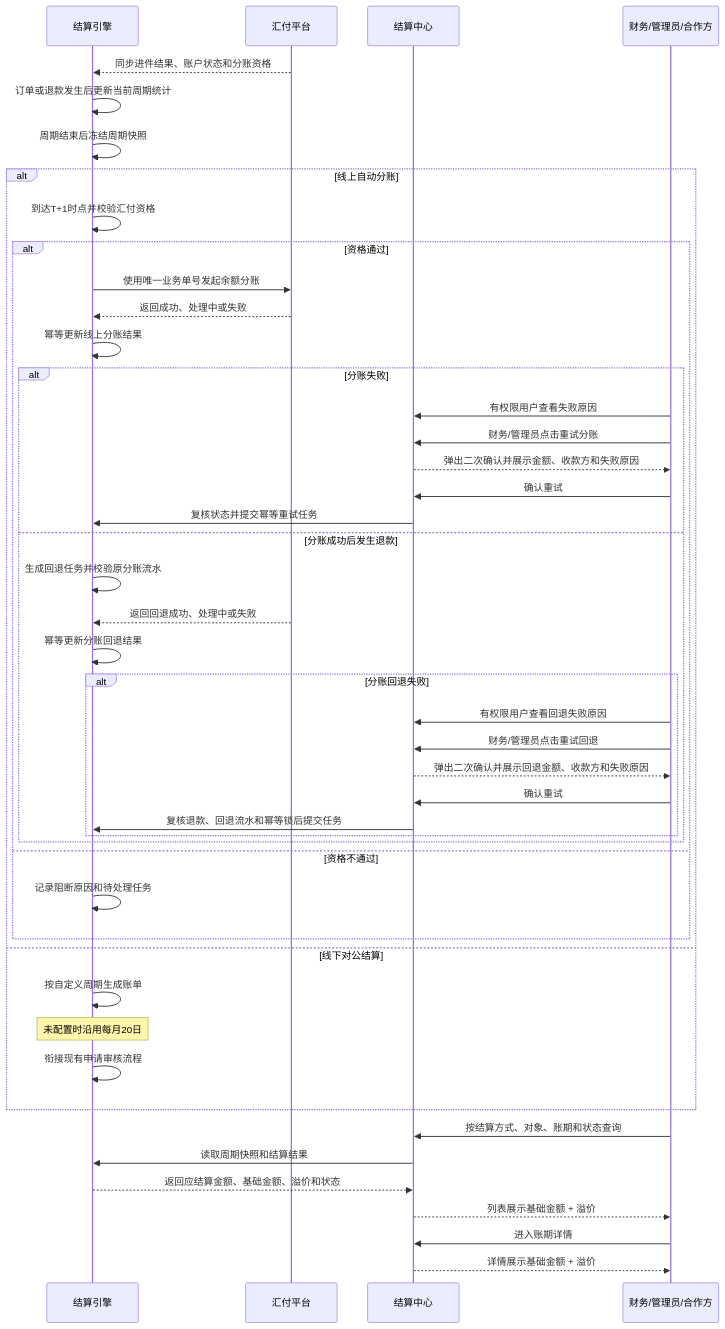
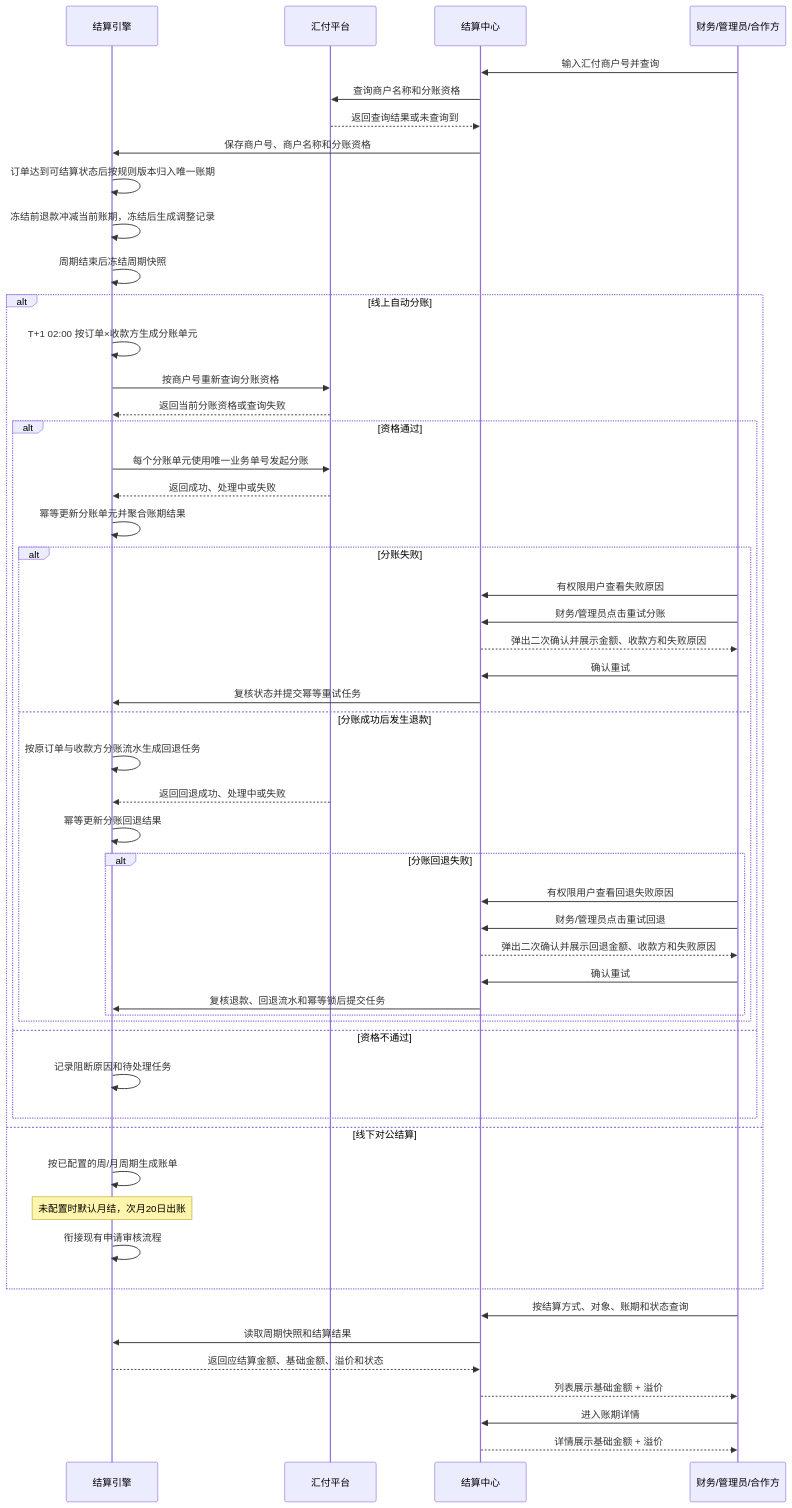
Before and after one commit to awu520119/xiaomifeng-admin: the second of 2 diagrams in docs/premium-settlement/自定义周期结算与溢价配置-PRD-20260915.md, drawn with Mermaid. The commit also changed other lines of this file and 17 other files, not shown here.

````diff
--- a/docs/premium-settlement/自定义周期结算与溢价配置-PRD-20260915.md
+++ b/docs/premium-settlement/自定义周期结算与溢价配置-PRD-20260915.md
@@ -89,49 +94,55 @@
 ```mermaid
 sequenceDiagram
     participant E as 结算引擎
     participant H as 汇付平台
     participant S as 结算中心
     participant U as 财务/管理员/合作方
 
-    H-->>E: 同步进件结果、账户状态和分账资格
-    E->>E: 订单或退款发生后更新当前周期统计
+    U->>S: 输入汇付商户号并查询
+    S->>H: 查询商户名称和分账资格
+    H-->>S: 返回查询结果或未查询到
+    S->>E: 保存商户号、商户名称和分账资格
+    E->>E: 订单达到可结算状态后按规则版本归入唯一账期
+    E->>E: 冻结前退款冲减当前账期，冻结后生成调整记录
     E->>E: 周期结束后冻结周期快照
     alt 线上自动分账
-        E->>E: 到达T+1时点并校验汇付资格
+        E->>E: T+1 02:00 按订单×收款方生成分账单元
+        E->>H: 按商户号重新查询分账资格
+        H-->>E: 返回当前分账资格或查询失败
         alt 资格通过
-            E->>H: 使用唯一业务单号发起余额分账
+            E->>H: 每个分账单元使用唯一业务单号发起分账
             H-->>E: 返回成功、处理中或失败
-            E->>E: 幂等更新线上分账结果
+            E->>E: 幂等更新分账单元并聚合账期结果
             alt 分账失败
                 U->>S: 有权限用户查看失败原因
                 U->>S: 财务/管理员点击重试分账
                 S-->>U: 弹出二次确认并展示金额、收款方和失败原因
                 U->>S: 确认重试
                 S->>E: 复核状态并提交幂等重试任务
             else 分账成功后发生退款
-                E->>E: 生成回退任务并校验原分账流水
+                E->>E: 按原订单与收款方分账流水生成回退任务
                 H-->>E: 返回回退成功、处理中或失败
                 E->>E: 幂等更新分账回退结果
                 alt 分账回退失败
                     U->>S: 有权限用户查看回退失败原因
                     U->>S: 财务/管理员点击重试回退
                     S-->>U: 弹出二次确认并展示回退金额、收款方和失败原因
                     U->>S: 确认重试
                     S->>E: 复核退款、回退流水和幂等锁后提交任务
                 end
             end
         else 资格不通过
             E->>E: 记录阻断原因和待处理任务
         end
     else 线下对公结算
-        E->>E: 按自定义周期生成账单
-        Note over E: 未配置时沿用每月20日
+        E->>E: 按已配置的周/月周期生成账单
+        Note over E: 未配置时默认月结，次月20日出账
         E->>E: 衔接现有申请审核流程
     end
     U->>S: 按结算方式、对象、账期和状态查询
     S->>E: 读取周期快照和结算结果
     E-->>S: 返回应结算金额、基础金额、溢价和状态
     S-->>U: 列表展示基础金额 + 溢价
     U->>S: 进入账期详情
     S-->>U: 详情展示基础金额 + 溢价
 ```
````
